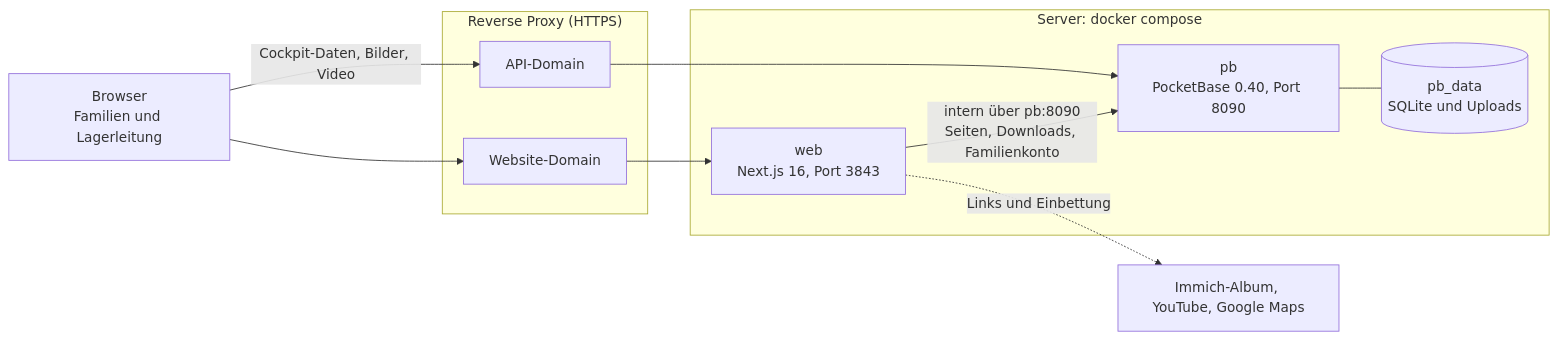
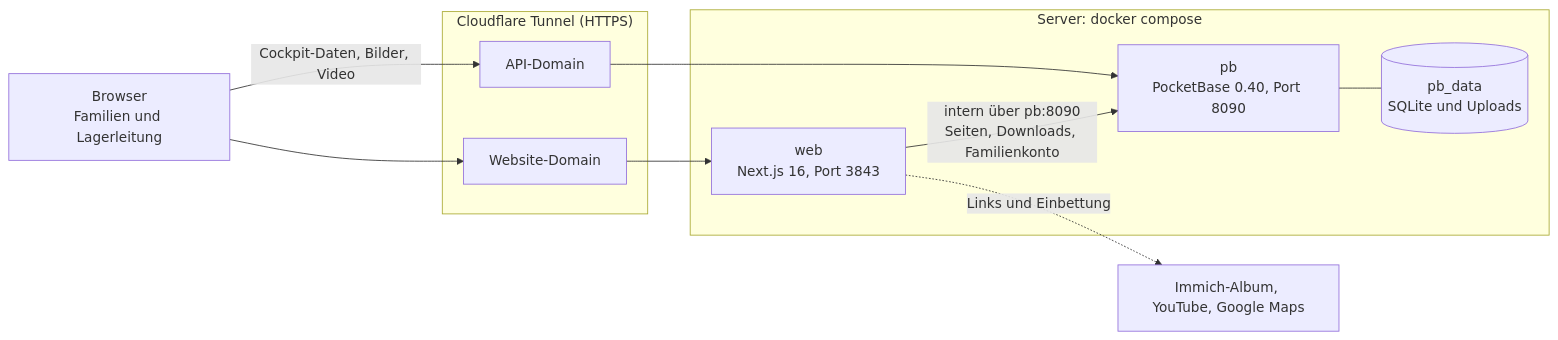
One commit to marcstae/fitundfun-webseite changed the diagram in README.md. Above: the diagram before and after it, drawn with Mermaid. The commit also changed other lines of this file and 3 other files, not shown here.

First line of the commit message:
feat(betrieb): nur noch über Cloudflare Tunnel erreichbar, Client-IP aus CF-Connecting-IP

````diff
--- a/README.md
+++ b/README.md
@@ -7,19 +7,19 @@
 ```mermaid
 flowchart LR
   B["Browser<br/>Familien und Lagerleitung"]
-  subgraph RP["Reverse Proxy (HTTPS)"]
+  subgraph RP["Cloudflare Tunnel (HTTPS)"]
     D1["Website-Domain"]
     D2["API-Domain"]
   end
   subgraph S["Server: docker compose"]
     W["web<br/>Next.js 16, Port 3843"]
     PB["pb<br/>PocketBase 0.40, Port 8090"]
     V[("pb_data<br/>SQLite und Uploads")]
   end
   X["Immich-Album, YouTube, Google Maps"]
   B --> D1 --> W
   B -- "Cockpit-Daten, Bilder, Video" --> D2 --> PB
   W -- "intern über pb:8090<br/>Seiten, Downloads, Familienkonto" --> PB
   PB --- V
   W -. "Links und Einbettung" .-> X
 ```
````
